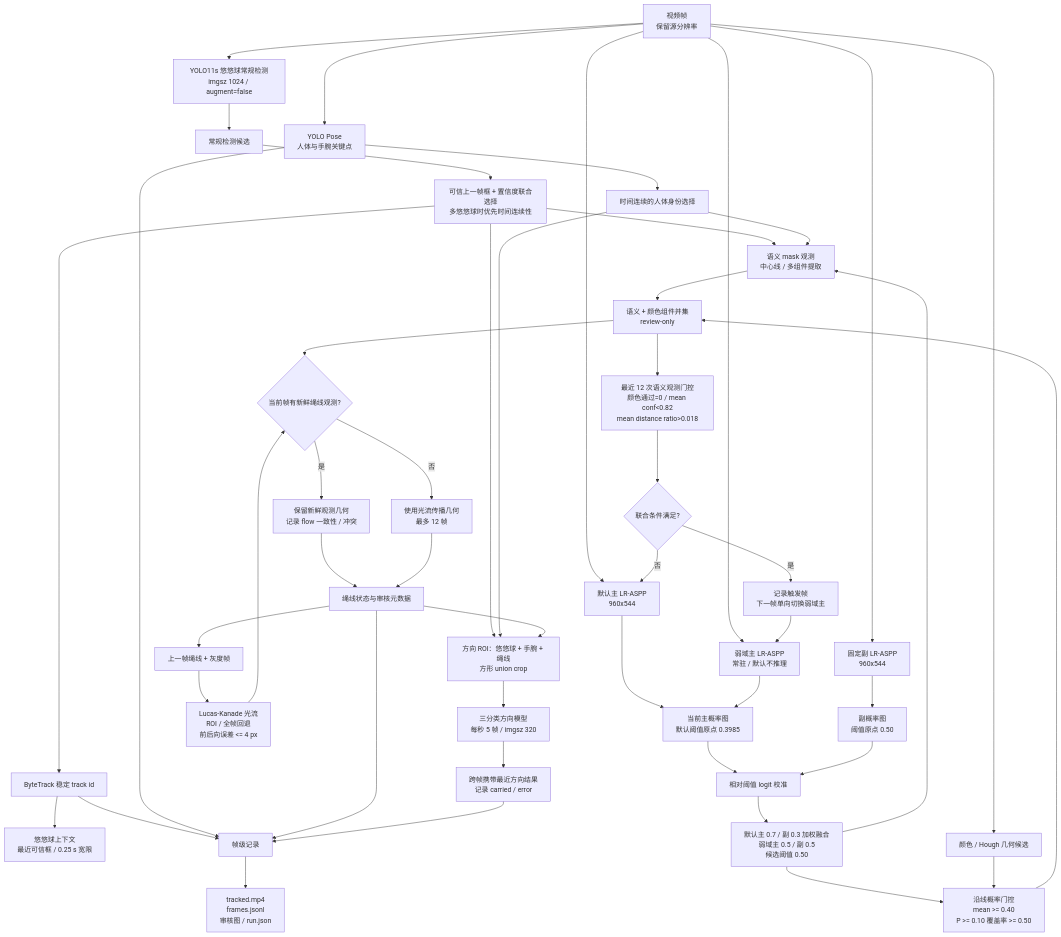
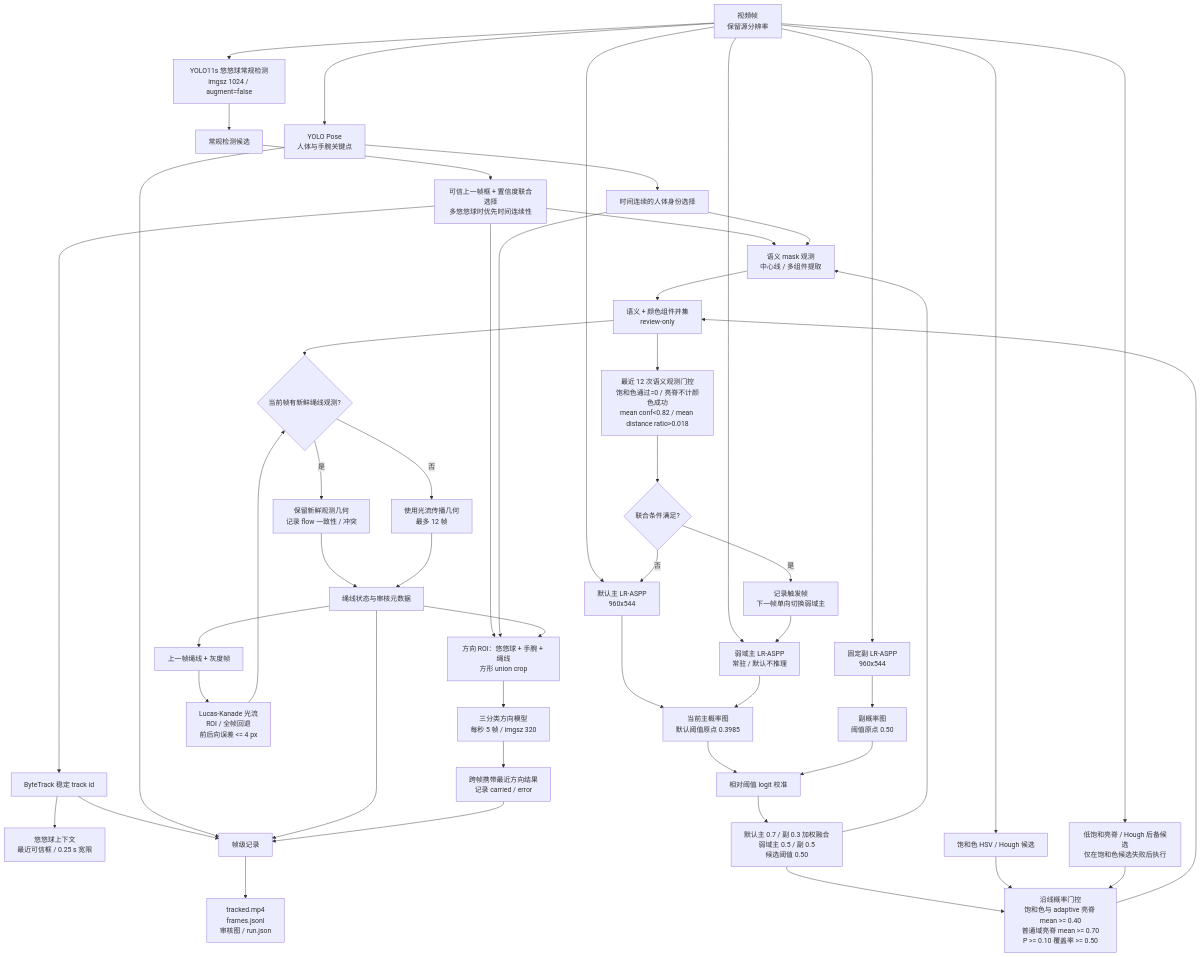
The fourth of 6 diagrams in reports/architecture_pipeline.md (EvannZhongg/YoYo-Model), drawn with Mermaid before and after one commit. The commit also changed 9 other files, not shown here.

````diff
--- a/reports/architecture_pipeline.md
+++ b/reports/architecture_pipeline.md
@@ -100,55 +100,57 @@
 ```mermaid
 flowchart TD
     A[视频帧<br/>保留源分辨率] --> B[YOLO11s 悠悠球常规检测<br/>imgsz 1024 / augment=false]
     B --> E[常规检测候选]
     E --> F[可信上一帧框 + 置信度联合选择<br/>多悠悠球时优先时间连续性]
     F --> G[ByteTrack 稳定 track id]
 
     A --> H[YOLO Pose<br/>人体与手腕关键点]
     G --> I[悠悠球上下文<br/>最近可信框 / 0.25 s 宽限]
     H --> J[时间连续的人体身份选择]
 
     A --> K[默认主 LR-ASPP<br/>960x544]
     A --> L[固定副 LR-ASPP<br/>960x544]
     A --> KA[弱域主 LR-ASPP<br/>常驻 / 默认不推理]
     K --> M[当前主概率图<br/>默认阈值原点 0.3985]
     KA --> M
     L --> N[副概率图<br/>阈值原点 0.50]
     M --> O[相对阈值 logit 校准]
     N --> O
     O --> P[默认主 0.7 / 副 0.3 加权融合<br/>弱域主 0.5 / 副 0.5<br/>候选阈值 0.50]
     F --> Q[语义 mask 观测<br/>中心线 / 多组件提取]
     J --> Q
     P --> Q
-    A --> R[颜色 / Hough 几何候选]
-    P --> S[沿线概率门控<br/>mean >= 0.40<br/>P >= 0.10 覆盖率 >= 0.50]
+    A --> R[饱和色 HSV / Hough 候选]
+    A --> RB[低饱和亮脊 / Hough 后备候选<br/>仅在饱和色候选失败后执行]
+    P --> S[沿线概率门控<br/>饱和色与 adaptive 亮脊 mean >= 0.40<br/>普通域亮脊 mean >= 0.70<br/>P >= 0.10 覆盖率 >= 0.50]
     R --> S
+    RB --> S
     S --> T[语义 + 颜色组件并集<br/>review-only]
     Q --> T
-    T --> GA[最近 12 次语义观测门控<br/>颜色通过=0 / mean conf&lt;0.82<br/>mean distance ratio&gt;0.018]
+    T --> GA[最近 12 次语义观测门控<br/>饱和色通过=0 / 亮脊不计颜色成功<br/>mean conf&lt;0.82 / mean distance ratio&gt;0.018]
     GA --> GB{联合条件满足?}
     GB -->|否| K
     GB -->|是| GC[记录触发帧<br/>下一帧单向切换弱域主]
     GC --> KA
 
     T --> U{当前帧有新鲜绳线观测?}
     V[上一帧绳线 + 灰度帧] --> W[Lucas-Kanade 光流<br/>ROI / 全帧回退<br/>前后向误差 <= 4 px]
     W --> U
     U -->|是| X[保留新鲜观测几何<br/>记录 flow 一致性 / 冲突]
     U -->|否| Y[使用光流传播几何<br/>最多 12 帧]
     X --> Z[绳线状态与审核元数据]
     Y --> Z
     Z --> V
 
     F --> AA[方向 ROI：悠悠球 + 手腕 + 绳线<br/>方形 union crop]
     J --> AA
     Z --> AA
     AA --> AB[三分类方向模型<br/>每秒 5 帧 / imgsz 320]
     AB --> AC[跨帧携带最近方向结果<br/>记录 carried / error]
 
     G --> AD[帧级记录]
     H --> AD
     Z --> AD
     AC --> AD
     AD --> AE[tracked.mp4<br/>frames.jsonl<br/>审核图 / run.json]
 ```
````
